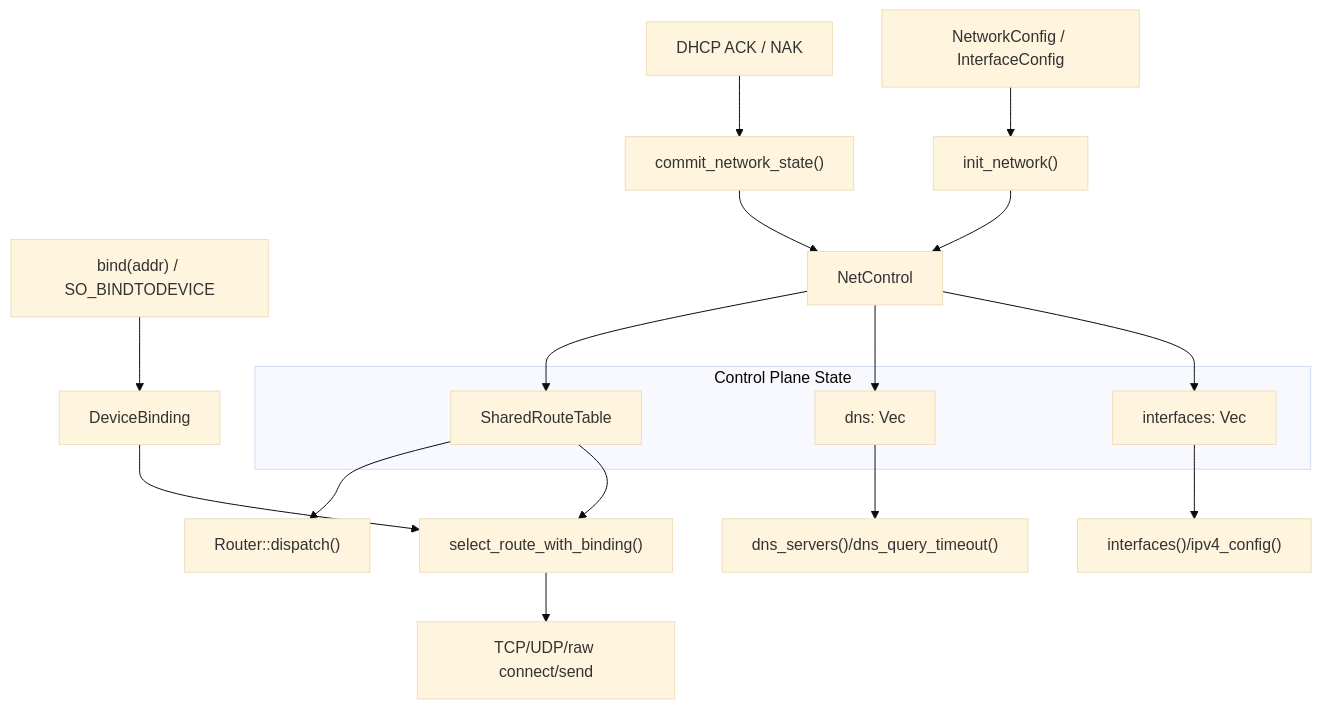
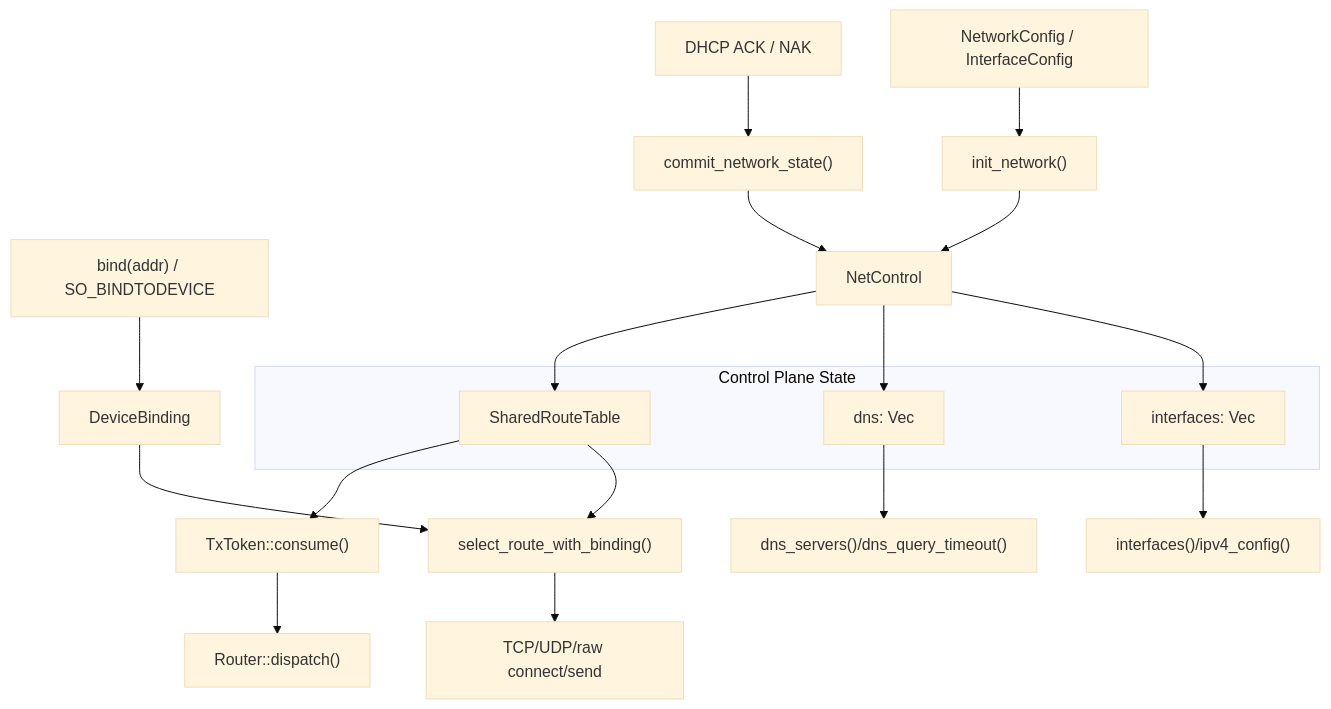
One commit to rcore-os/tgoskits changed the first of 3 diagrams in docs/docs/architecture/net/control.md. Above: the diagram before and after it, drawn with Mermaid (base theme). The commit also changed other lines of this file and 19 other files, not shown here.

````diff
--- a/docs/docs/architecture/net/control.md
+++ b/docs/docs/architecture/net/control.md
@@ -24,26 +24,27 @@
 ```mermaid
 flowchart TB
     Config["NetworkConfig / InterfaceConfig"] --> Init["init_network()"]
     Dhcp["DHCP ACK / NAK"] --> Commit["commit_network_state()"]
     Bind["bind(addr) / SO_BINDTODEVICE"] --> Binding["DeviceBinding"]
 
     Init --> Control["NetControl"]
     Commit --> Control
 
     subgraph ControlState["Control Plane State"]
         Ifaces["interfaces: Vec<NetInterface>"]
         Dns["dns: Vec<DnsServerEntry>"]
         Routes["SharedRouteTable"]
     end
 
     Control --> Ifaces
     Control --> Dns
     Control --> Routes
 
     Ifaces --> Query["interfaces()/ipv4_config()"]
     Routes --> RouteLookup["select_route_with_binding()"]
     Dns --> DnsQuery["dns_servers()/dns_query_timeout()"]
     Binding --> RouteLookup
     RouteLookup --> Sockets["TCP/UDP/raw connect/send"]
-    Routes --> Dispatch["Router::dispatch()"]
+    Routes --> TxToken["TxToken::consume()"]
+    TxToken --> Dispatch["Router::dispatch()"]
 ```
````
